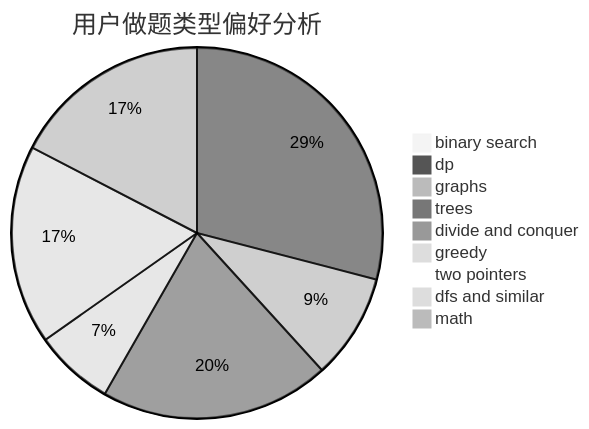
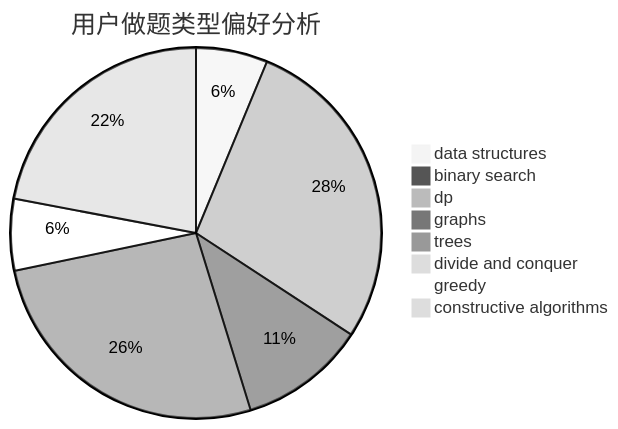
Before and after one commit to sherpahu/cfrs.github.io: the second of 3 diagrams in docs/user/u2034.md, drawn with Mermaid (neutral theme). The commit also changed other lines of this file and 2775 other files, not shown here.

````diff
--- a/docs/user/u2034.md
+++ b/docs/user/u2034.md
@@ -23,12 +23,11 @@
 ```mermaid
 pie title 用户做题类型偏好分析
-    "binary search" :  3
-    "dp" :  142
-    "graphs" :  45
-    "trees" :  98
+    "data structures" :  21
+    "binary search" :  0
+    "dp" :  94
+    "graphs" :  37
+    "trees" :  89
     "divide and conquer" :  0
-    "greedy" :  34
-    "two pointers" :  0
-    "dfs and similar" :  85
-    "math" :  85
+    "greedy" :  21
+    "constructive algorithms" :  74
 ```
````
